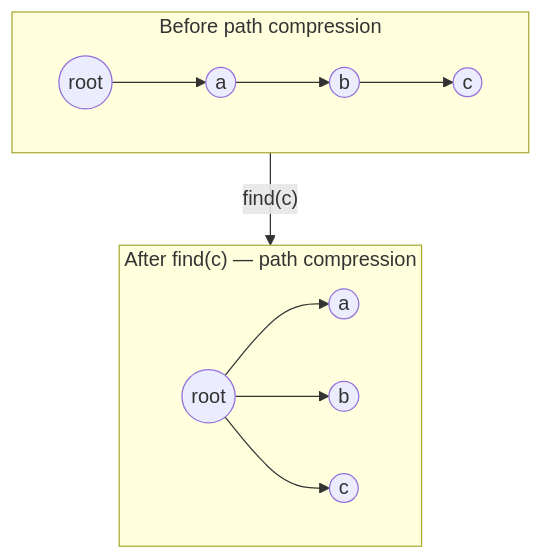
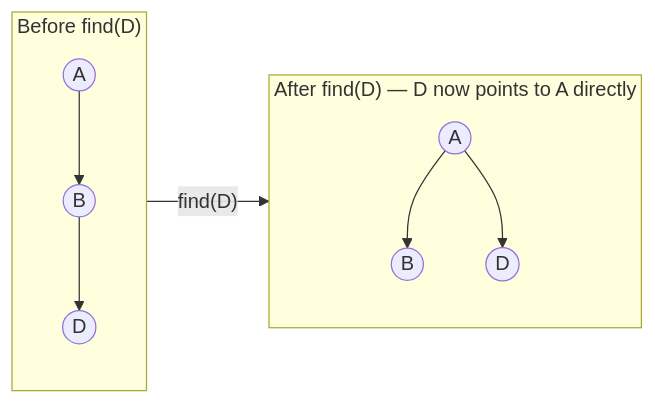
One commit to vikash1a/data-structure-algorithm changed the eighth of 9 diagrams in theory/04-data-structures-2/03-graph/05-mst.md. Above: the diagram before and after it, drawn with Mermaid. The commit also changed other lines of this file, not shown here.

````diff
--- a/theory/04-data-structures-2/03-graph/05-mst.md
+++ b/theory/04-data-structures-2/03-graph/05-mst.md
@@ -105,10 +167,11 @@
 ```mermaid
-flowchart TD
-    subgraph before["Before path compression"]
-        r1((root)) --> a1((a)) --> b1((b)) --> c1((c))
+flowchart LR
+    subgraph before["Before find(D)"]
+        r1((A)) --> a1((B)) --> b1((D))
     end
-    subgraph after["After find(c) — path compression"]
-        r2((root)) --> a2((a)) & b2((b)) & c2((c))
+    subgraph after["After find(D) — D now points to A directly"]
+        r2((A)) --> a2((B))
+        r2 --> b2((D))
     end
-    before -->|"find(c)"| after
+    before -->|"find(D)"| after
 ```
````
